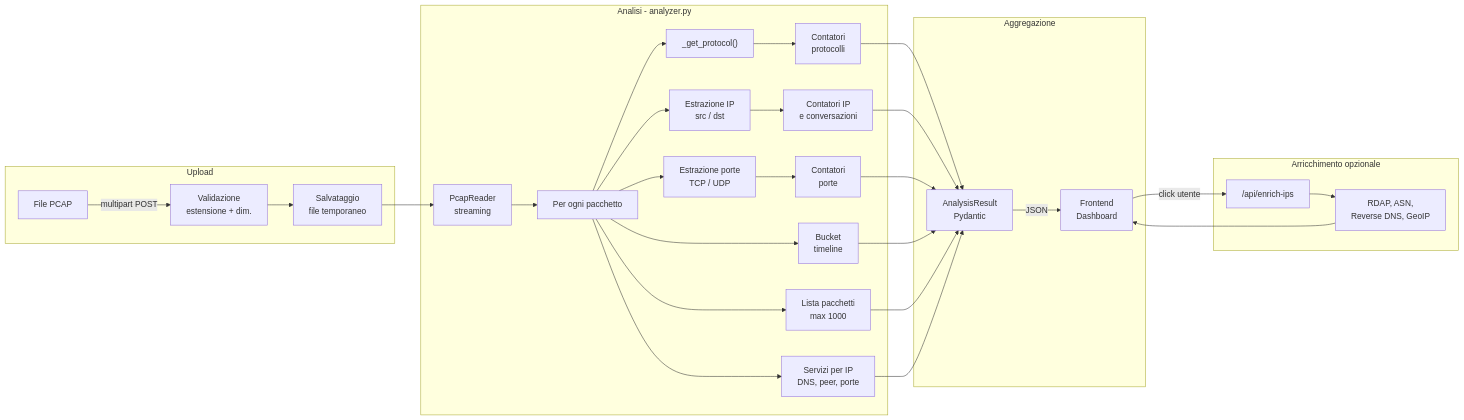
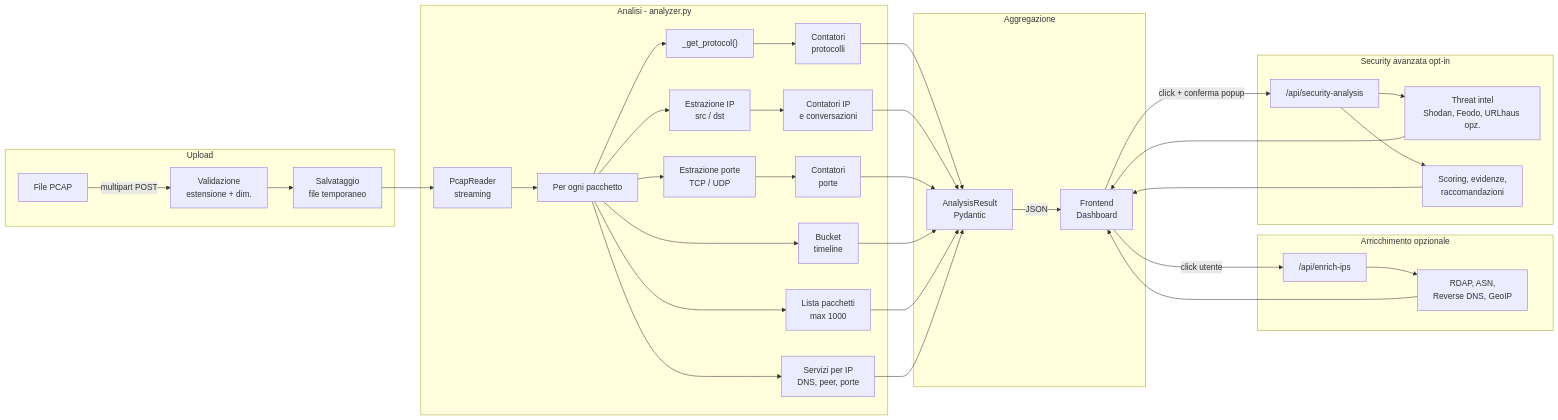
The second of 3 diagrams in README.md (myblacksloth/aPCAPerX), drawn with Mermaid before and after one commit. The commit also changed other lines of this file and 9 other files, not shown here.

````diff
--- a/README.md
+++ b/README.md
@@ -182,32 +206,39 @@
 ```mermaid
 flowchart LR
     subgraph Upload
         A["File PCAP"] -->|"multipart POST"| B["Validazione\nestensione + dim."]
         B --> C["Salvataggio\nfile temporaneo"]
     end
 
     subgraph "Analisi - analyzer.py"
         C --> D["PcapReader\nstreaming"]
         D --> E["Per ogni pacchetto"]
         E --> F["_get_protocol()"]
         E --> G["Estrazione IP\nsrc / dst"]
         E --> H["Estrazione porte\nTCP / UDP"]
         F --> I["Contatori\nprotocolli"]
         G --> J["Contatori IP\ne conversazioni"]
         H --> K["Contatori\nporte"]
         E --> L["Bucket\ntimeline"]
         E --> M["Lista pacchetti\nmax 1000"]
         E --> Q["Servizi per IP\nDNS, peer, porte"]
     end
 
     subgraph Aggregazione
         I & J & K & L & M & Q --> N["AnalysisResult\nPydantic"]
         N -->|"JSON"| O["Frontend\nDashboard"]
     end
 
     subgraph "Arricchimento opzionale"
         O -->|"click utente"| P["/api/enrich-ips"]
         P --> R["RDAP, ASN,\nReverse DNS, GeoIP"]
         R --> O
     end
+
+    subgraph "Security avanzata opt-in"
+        O -->|"click + conferma popup"| S["/api/security-analysis"]
+        S --> T["Threat intel\nShodan, Feodo, URLhaus opz."]
+        S --> U["Scoring, evidenze,\nraccomandazioni"]
+        T & U --> O
+    end
 ```
````
